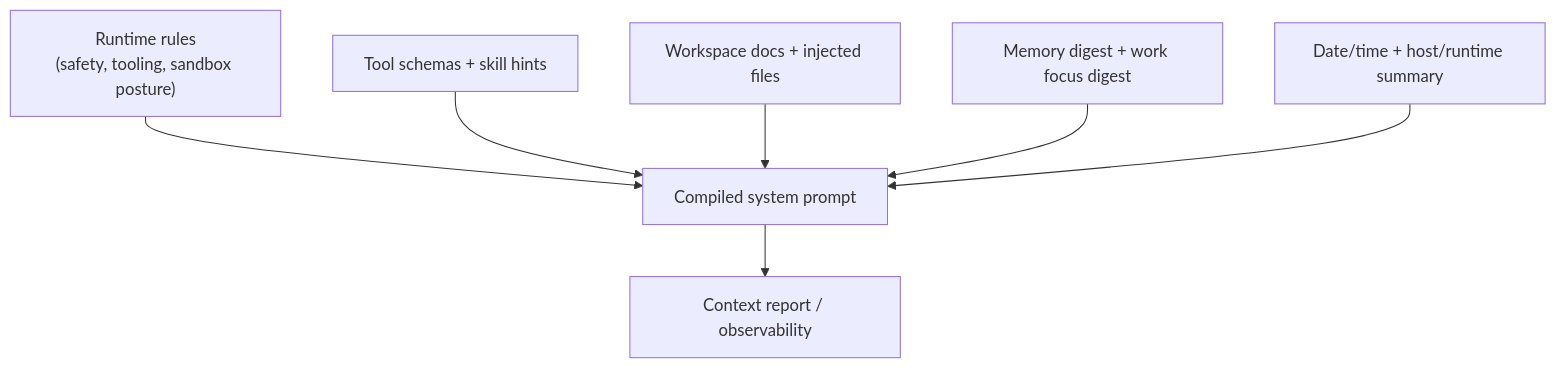
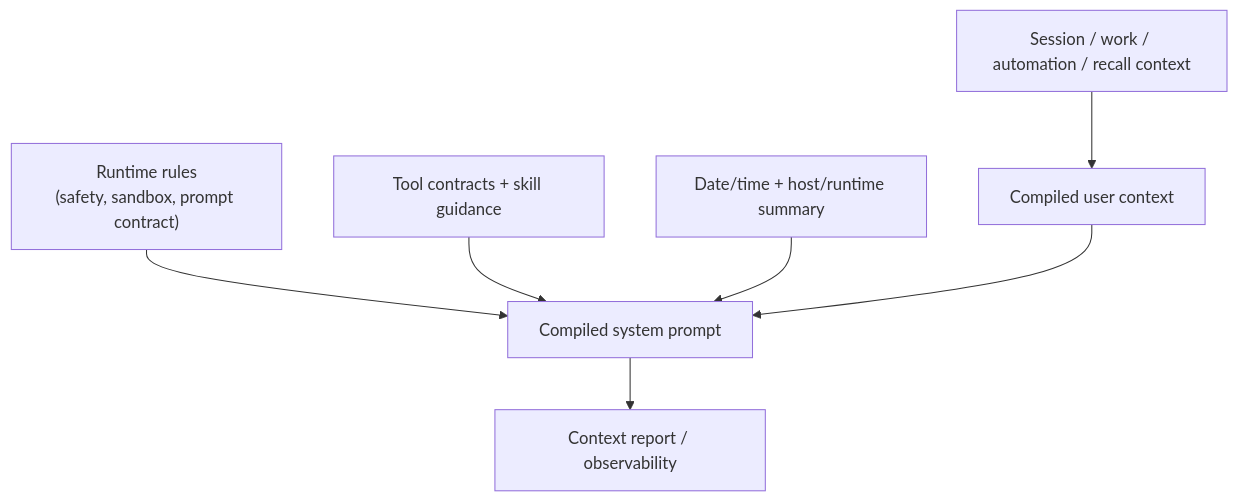
The diagram in docs/architecture/agent/system-prompt.md (tyrumai/tyrum), drawn with Mermaid before and after one commit. The commit also changed other lines of this file and 28 other files, not shown here.

Commit message:
fix(gateway): clarify runtime prompt contract

````diff
--- a/docs/architecture/agent/system-prompt.md
+++ b/docs/architecture/agent/system-prompt.md
@@ -15,9 +15,9 @@
 ```mermaid
 flowchart TB
-  Rules["Runtime rules<br/>(safety, tooling, sandbox posture)"] --> Prompt["Compiled system prompt"]
-  Tools["Tool schemas + skill hints"] --> Prompt
-  Workspace["Workspace docs + injected files"] --> Prompt
-  Digests["Memory digest + work focus digest"] --> Prompt
+  Rules["Runtime rules<br/>(safety, sandbox, prompt contract)"] --> Prompt["Compiled system prompt"]
+  Tools["Tool contracts + skill guidance"] --> Prompt
   Runtime["Date/time + host/runtime summary"] --> Prompt
+  Facts["Session / work / automation / recall context"] --> User["Compiled user context"]
+  User --> Prompt
   Prompt --> Report["Context report / observability"]
 ```
````
